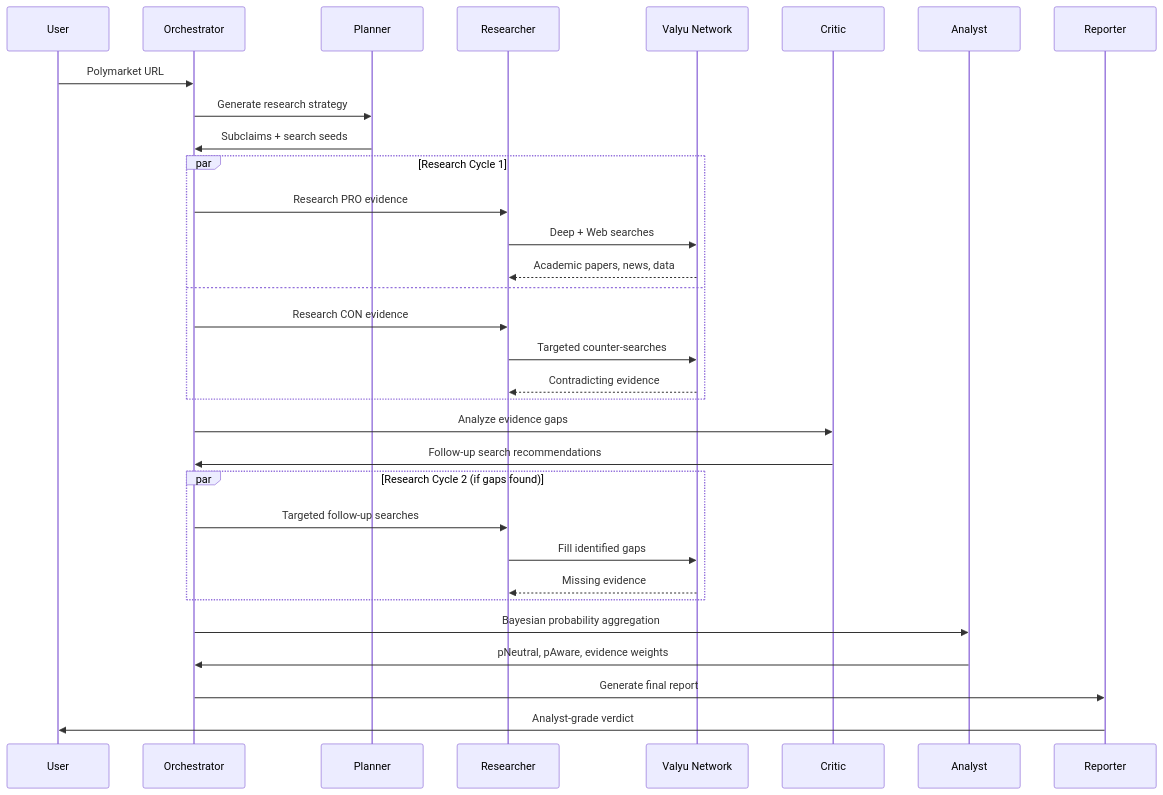
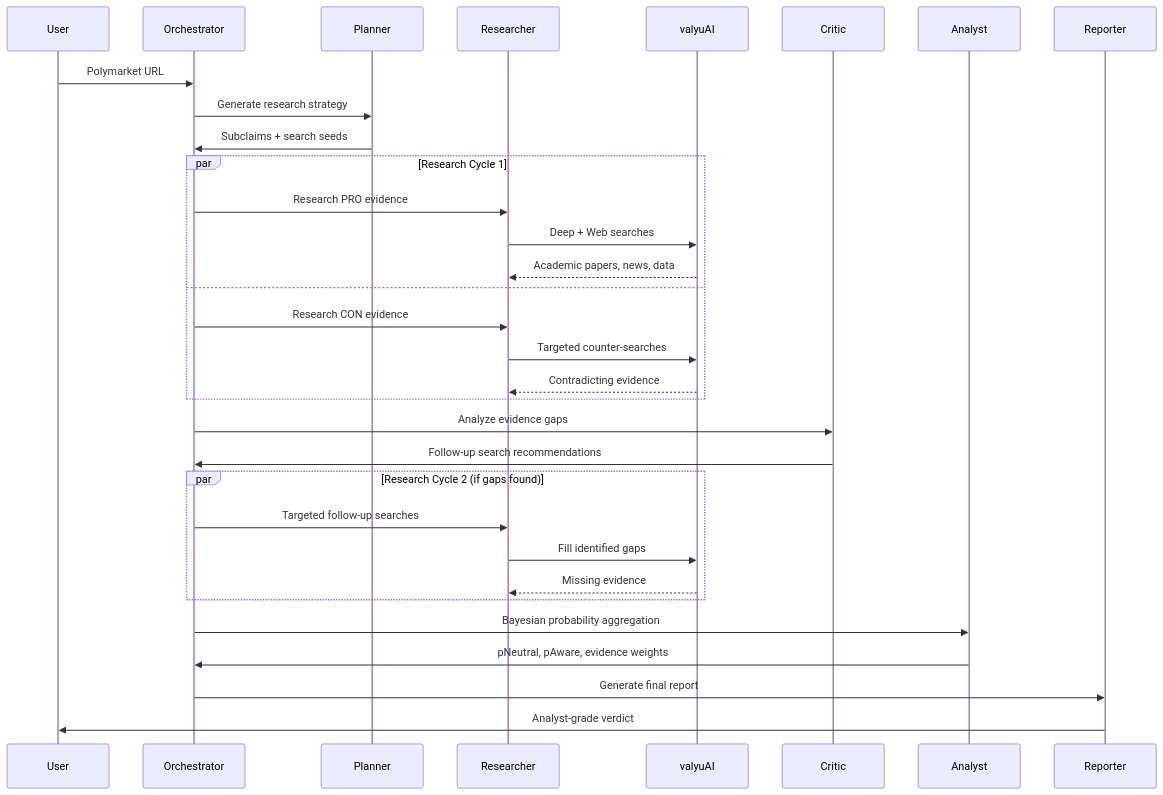
Before and after one commit to sattva2020/Polyseer: the second of 4 diagrams in README.md, drawn with Mermaid. The commit also changed other lines of this file, not shown here.

Commit message:
Update GitHub org references from Valyu Network to valyuAI

````diff
--- a/README.md
+++ b/README.md
@@ -81,40 +81,40 @@
 ```mermaid
 sequenceDiagram
     participant User
     participant Orch as Orchestrator
     participant Plan as Planner
     participant Res as Researcher
-    participant Valyu as Valyu Network
+    participant Valyu as valyuAI
     participant Critic
     participant Analyst
     participant Reporter
 
     User->>Orch: Polymarket URL
     Orch->>Plan: Generate research strategy
     Plan->>Orch: Subclaims + search seeds
 
     par Research Cycle 1
         Orch->>Res: Research PRO evidence
         Res->>Valyu: Deep + Web searches
         Valyu-->>Res: Academic papers, news, data
         and
         Orch->>Res: Research CON evidence
         Res->>Valyu: Targeted counter-searches
         Valyu-->>Res: Contradicting evidence
     end
 
     Orch->>Critic: Analyze evidence gaps
     Critic->>Orch: Follow-up search recommendations
 
     par Research Cycle 2 (if gaps found)
         Orch->>Res: Targeted follow-up searches
         Res->>Valyu: Fill identified gaps
         Valyu-->>Res: Missing evidence
     end
 
     Orch->>Analyst: Bayesian probability aggregation
     Analyst->>Orch: pNeutral, pAware, evidence weights
 
     Orch->>Reporter: Generate final report
     Reporter->>User: Analyst-grade verdict
 ```
````
